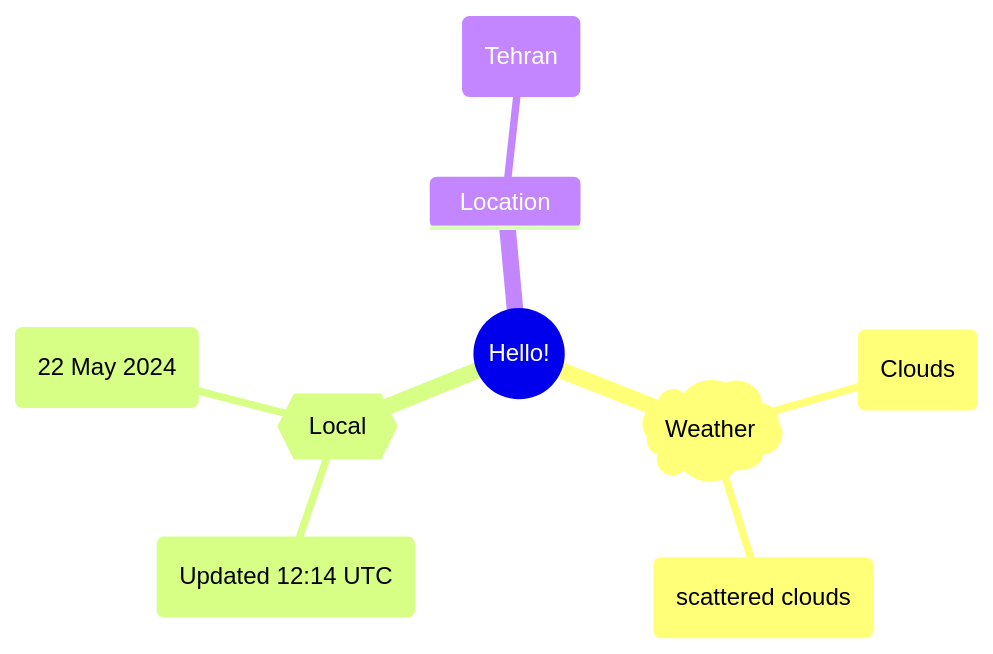
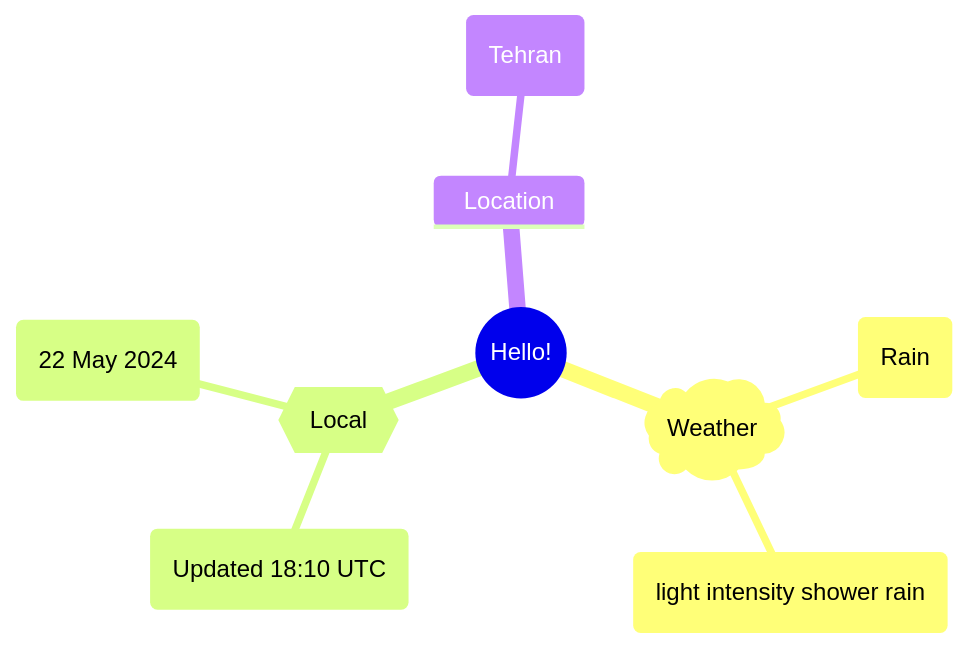
Before and after one commit to Xosrov/Xosrov: the first of 2 diagrams in README.md, drawn with Mermaid.

Commit message:
[bot] updated images

````diff
--- a/README.md
+++ b/README.md
@@ -3,12 +3,12 @@
 ```mermaid
 mindmap
   root((Hello!))
     )Weather(
-        (Clouds)
-        (scattered clouds)
+        (Rain)
+        (light intensity shower rain)
     {{Local}}
-        (Updated 12:14 UTC)
+        (Updated 18:10 UTC)
         (22 May 2024)
     Location
         (Tehran)
 ```
````
